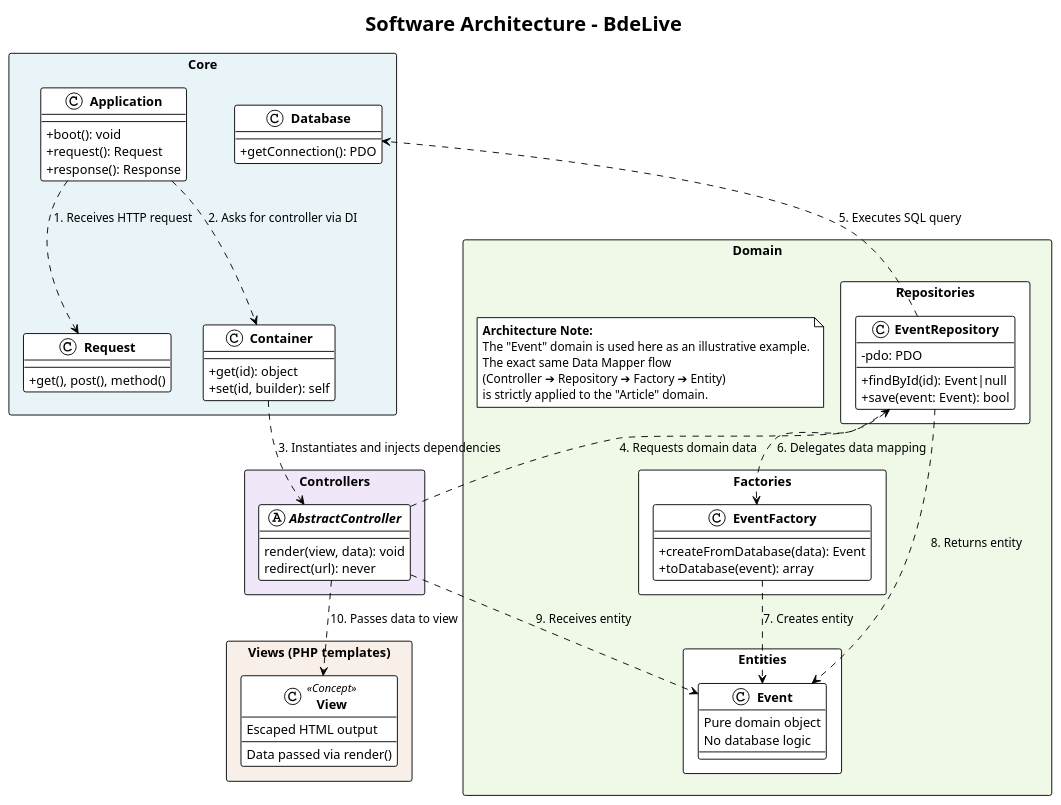
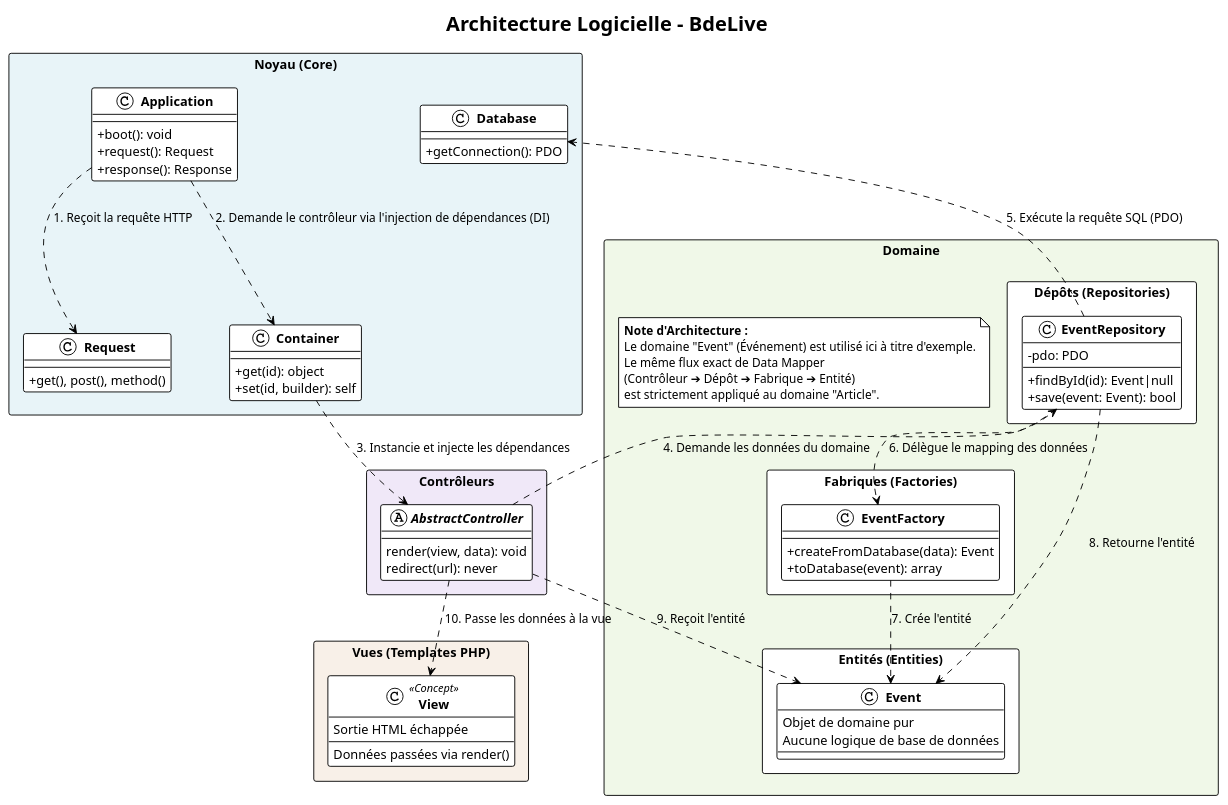
One commit to AHAMED-Nasser/BdeLive changed the diagram in docs/architecture/diagram-architecture.puml. Above: the diagram before and after it, drawn with PlantUML. The commit also changed 2 other files, not shown here.

Commit message:
docs: update architecture diagram with French translations and remove obsolete SVG file
- Translated titles and notes in the architecture diagram to French for better accessibility.
- Removed the outdated SVG file as it is no longer needed.
- Added a new PNG version of the architecture diagram to enhance visual representation.
- Ensured all changes adhere to the project's documentation standards and improve clarity for French-speaking users.

```diff
--- a/docs/architecture/diagram-architecture.puml
+++ b/docs/architecture/diagram-architecture.puml
@@ -1,89 +1,89 @@
 @startuml
 !theme plain
 skinparam classAttributeIconSize 0
 skinparam classFontStyle bold
 skinparam packageStyle rectangle
 
-title Software Architecture - BdeLive
+title Architecture Logicielle - BdeLive
 
-' ==================== CORE LAYER ====================
-package "Core" #E8F4F8 {
+' ==================== COUCHE NOYAU ====================
+package "Noyau (Core)" #E8F4F8 {
   class Application {
     + boot(): void
     + request(): Request
     + response(): Response
   }
   class Request {
     + get(), post(), method()
   }
   class Container {
     + get(id): object
     + set(id, builder): self
   }
   class Database {
     + getConnection(): PDO
   }
 }
 
-' ==================== CONTROLLERS LAYER ====================
-package "Controllers" #F0E8F8 {
+' ==================== COUCHE CONTRÔLEURS ====================
+package "Contrôleurs" #F0E8F8 {
   abstract class AbstractController {
      render(view, data): void
      redirect(url): never
   }
 }
 
-' ==================== VIEWS LAYER ====================
-package "Views (PHP templates)" #F8F0E8 {
+' ==================== COUCHE VUES ====================
+package "Vues (Templates PHP)" #F8F0E8 {
   class View <<Concept>> {
-    Data passed via render()
-    Escaped HTML output
+    Données passées via render()
+    Sortie HTML échappée
   }
 }
 
-' ==================== DOMAIN LAYER (Event example) ====================
-package "Domain" #F0F8E8 {
+' ==================== COUCHE DOMAINE (Exemple avec Event) ====================
+package "Domaine" #F0F8E8 {
 
   note as ExampleNote
-    **Architecture Note:**
-    The "Event" domain is used here as an illustrative example.
-    The exact same Data Mapper flow
-    (Controller ➔ Repository ➔ Factory ➔ Entity)
-    is strictly applied to the "Article" domain.
+    **Note d'Architecture :**
+    Le domaine "Event" (Événement) est utilisé ici à titre d'exemple.
+    Le même flux exact de Data Mapper
+    (Contrôleur ➔ Dépôt ➔ Fabrique ➔ Entité)
+    est strictement appliqué au domaine "Article".
   end note
 
-  package "Repositories" {
+  package "Dépôts (Repositories)" {
     class EventRepository {
       - pdo: PDO
       + findById(id): Event|null
       + save(event: Event): bool
     }
   }
-  package "Factories" {
+  package "Fabriques (Factories)" {
     class EventFactory {
       + createFromDatabase(data): Event
       + toDatabase(event): array
     }
   }
-  package "Entities" {
+  package "Entités (Entities)" {
     class Event {
-      Pure domain object
-      No database logic
+      Objet de domaine pur
+      Aucune logique de base de données
     }
   }
 }
 
-' ==================== FLOW - CLEAN ARCHITECTURE (..> = dependency) ====================
-Application ..> Request : 1. Receives HTTP request
-Application ..> Container : 2. Asks for controller via DI
-Container ..> AbstractController : 3. Instantiates and injects dependencies
+' ==================== FLUX - CLEAN ARCHITECTURE (..> = dépendance) ====================
+Application ..> Request : 1. Reçoit la requête HTTP
+Application ..> Container : 2. Demande le contrôleur via l'injection de dépendances (DI)
+Container ..> AbstractController : 3. Instancie et injecte les dépendances
 
-AbstractController ..> EventRepository : 4. Requests domain data
-EventRepository ..> Database : 5. Executes SQL query
-EventRepository ..> EventFactory : 6. Delegates data mapping
-EventFactory ..> Event : 7. Creates entity
+AbstractController ..> EventRepository : 4. Demande les données du domaine
+EventRepository ..> Database : 5. Exécute la requête SQL (PDO)
+EventRepository ..> EventFactory : 6. Délègue le mapping des données
+EventFactory ..> Event : 7. Crée l'entité
 
-EventRepository ..> Event : 8. Returns entity
-AbstractController ..> Event : 9. Receives entity
-AbstractController ..> View : 10. Passes data to view
+EventRepository ..> Event : 8. Retourne l'entité
+AbstractController ..> Event : 9. Reçoit l'entité
+AbstractController ..> View : 10. Passe les données à la vue
 @enduml
```
